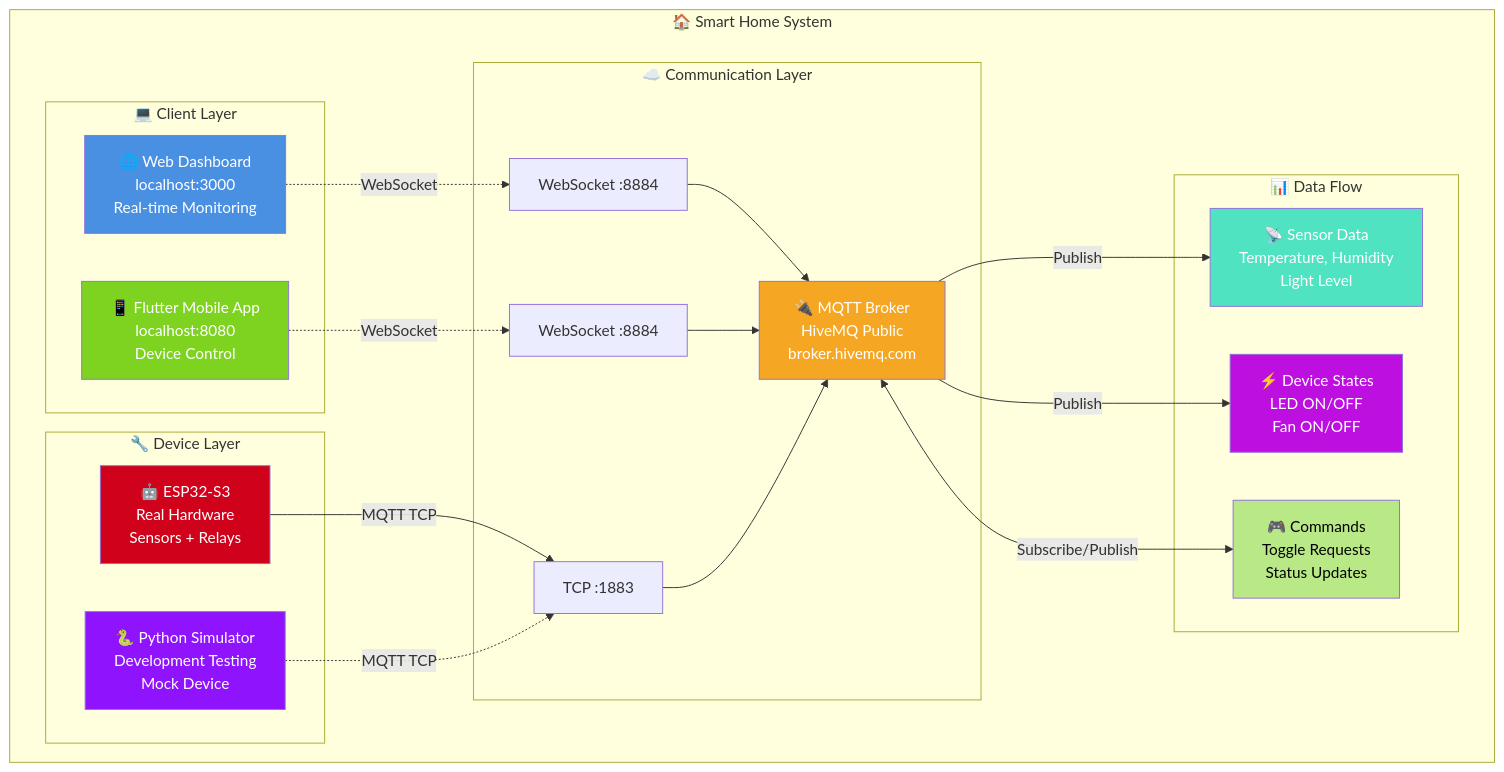
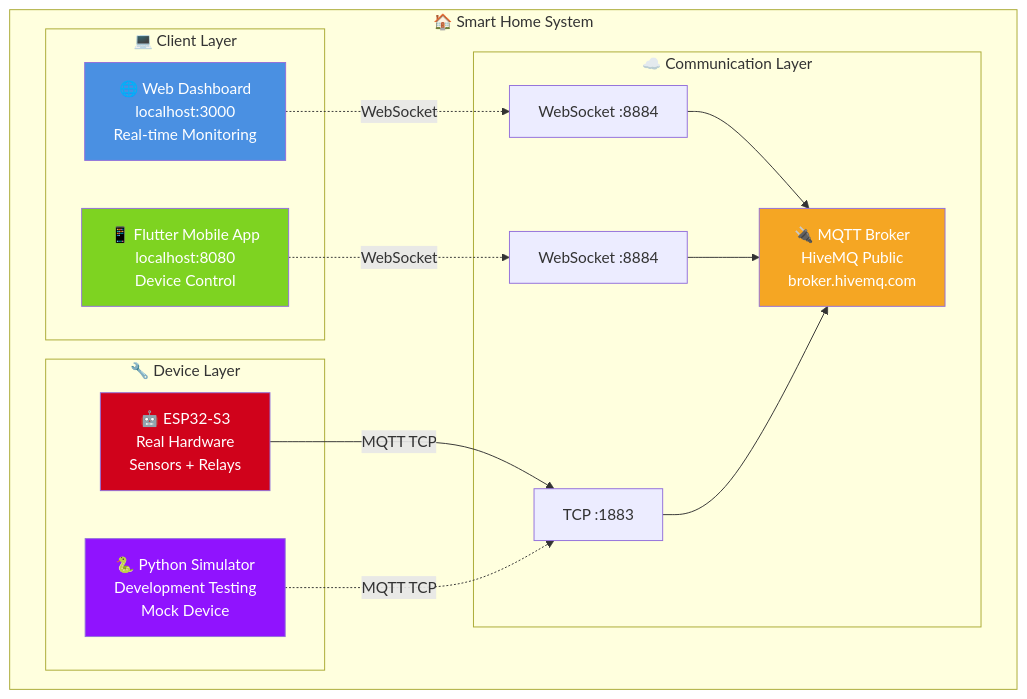
Before and after one commit to phuqy/thuchanhiotcuoiky: the diagram in README.md, drawn with Mermaid. The commit also changed other lines of this file and 14 other files, not shown here.

````diff
--- a/README.md
+++ b/README.md
@@ -134,48 +55,35 @@
 ```mermaid
 graph TB
     subgraph "🏠 Smart Home System"
         subgraph "💻 Client Layer"
             WEB[🌐 Web Dashboard<br/>localhost:3000<br/>Real-time Monitoring]
             APP[📱 Flutter Mobile App<br/>localhost:8080<br/>Device Control]
         end
         
         subgraph "☁️ Communication Layer"
             BROKER[🔌 MQTT Broker<br/>HiveMQ Public<br/>broker.hivemq.com]
             WS1[WebSocket :8884]
             WS2[WebSocket :8884]
             TCP[TCP :1883]
         end
         
         subgraph "🔧 Device Layer"
             ESP[🤖 ESP32-S3<br/>Real Hardware<br/>Sensors + Relays]
             SIM[🐍 Python Simulator<br/>Development Testing<br/>Mock Device]
         end
-        
-        subgraph "📊 Data Flow"
-            SENSOR[📡 Sensor Data<br/>Temperature, Humidity<br/>Light Level]
-            STATE[⚡ Device States<br/>LED ON/OFF<br/>Fan ON/OFF]
-            CMD[🎮 Commands<br/>Toggle Requests<br/>Status Updates]
-        end
     end
     
     WEB -.->|WebSocket| WS1
     APP -.->|WebSocket| WS2
     WS1 --> BROKER
     WS2 --> BROKER
     ESP -->|MQTT TCP| TCP
     SIM -.->|MQTT TCP| TCP
     TCP --> BROKER
     
-    BROKER -->|Publish| SENSOR
-    BROKER -->|Publish| STATE
-    BROKER <-->|Subscribe/Publish| CMD
-    
     style WEB fill:#4A90E2,color:#fff
     style APP fill:#7ED321,color:#fff
     style BROKER fill:#F5A623,color:#fff
     style ESP fill:#D0021B,color:#fff
     style SIM fill:#9013FE,color:#fff
-    style SENSOR fill:#50E3C2,color:#fff
-    style STATE fill:#BD10E0,color:#fff
-    style CMD fill:#B8E986,color:#000
 ```
````
